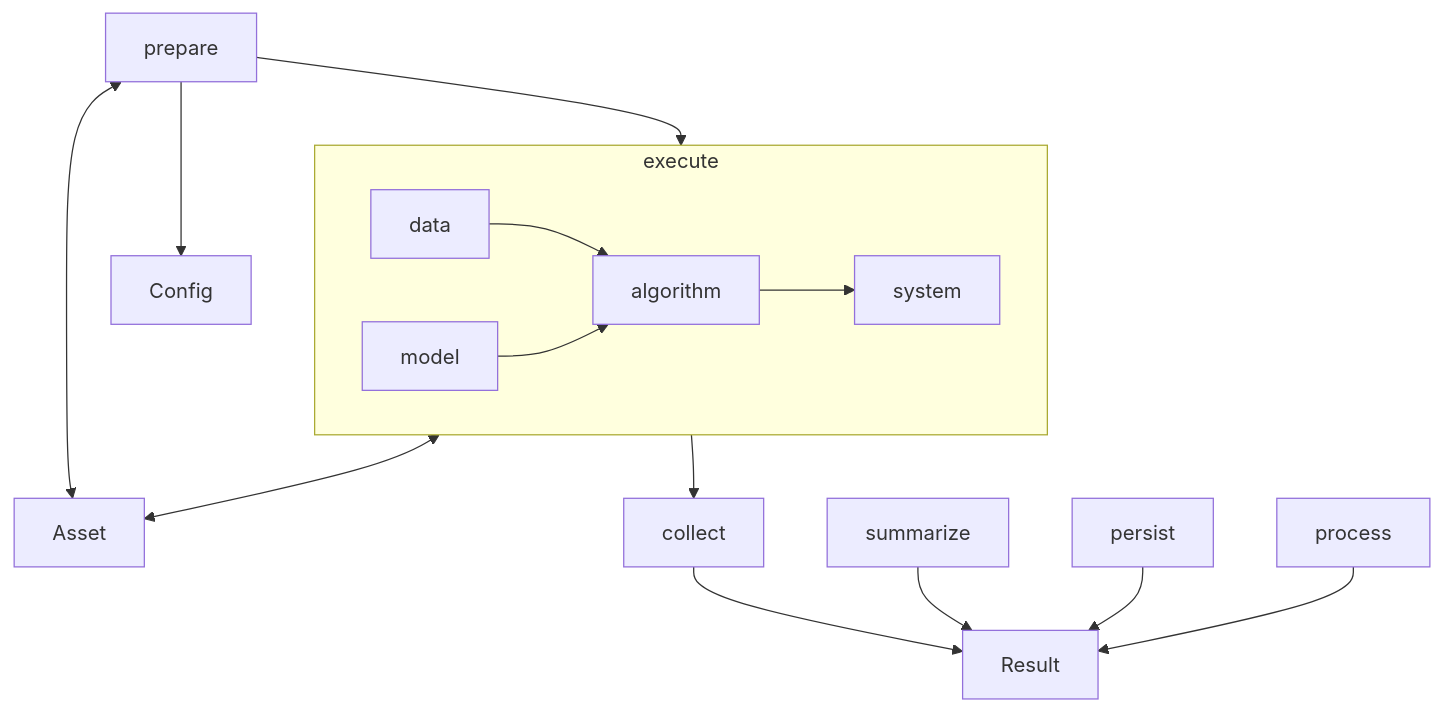
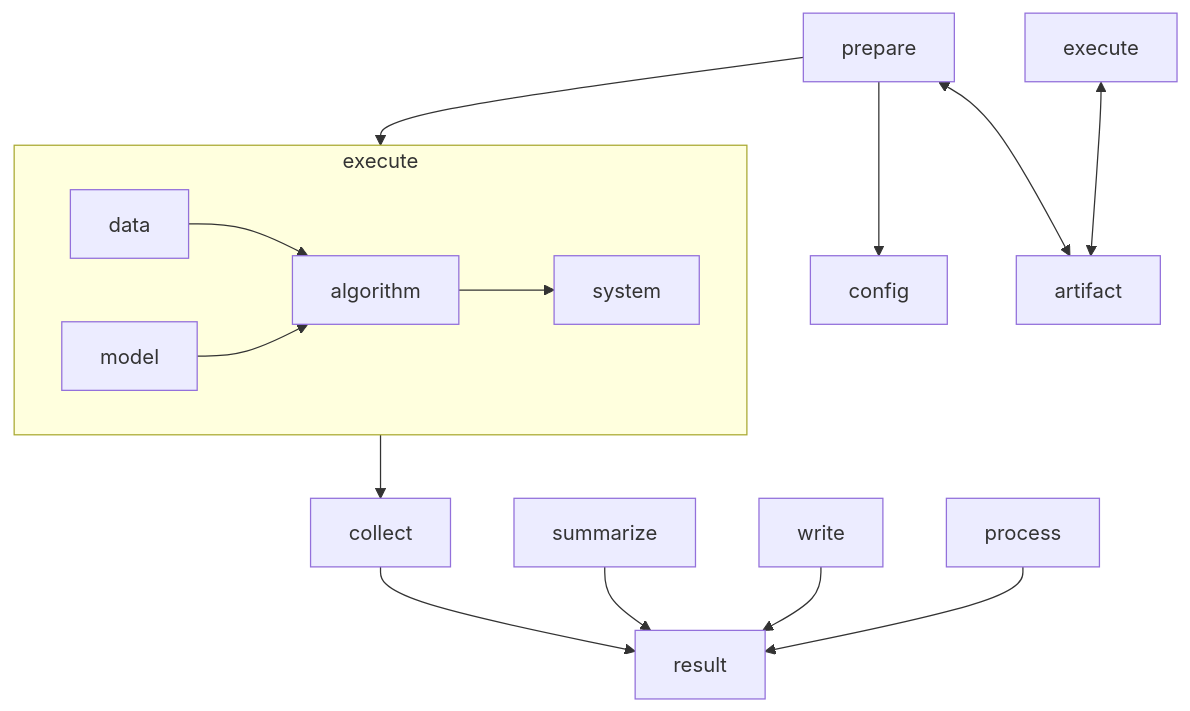
The fifth of 5 diagrams in docs/CONCEPT.md (diaoenmao/RPipe), drawn with Mermaid before and after one commit. The commit also changed other lines of this file and 11 other files, not shown here.

````diff
--- a/docs/CONCEPT.md
+++ b/docs/CONCEPT.md
@@ -273,17 +193,17 @@
 ```mermaid
 flowchart TB
-  prepare --> Config
-  prepare <--> Asset
-  collect --> Result
-  summarize --> Result
-  persist --> Result
-  process --> Result
-  subgraph execute_detail [execute]
+  prepare --> config
+  prepare <--> artifact
+  execute <--> artifact
+  collect --> result
+  summarize --> result
+  write --> result
+  process --> result
+  subgraph exec [execute]
     data --> algorithm
     model --> algorithm
     algorithm --> system
   end
-  prepare --> execute_detail
-  execute_detail <--> Asset
-  execute_detail --> collect
+  prepare --> exec
+  exec --> collect
 ```
````
